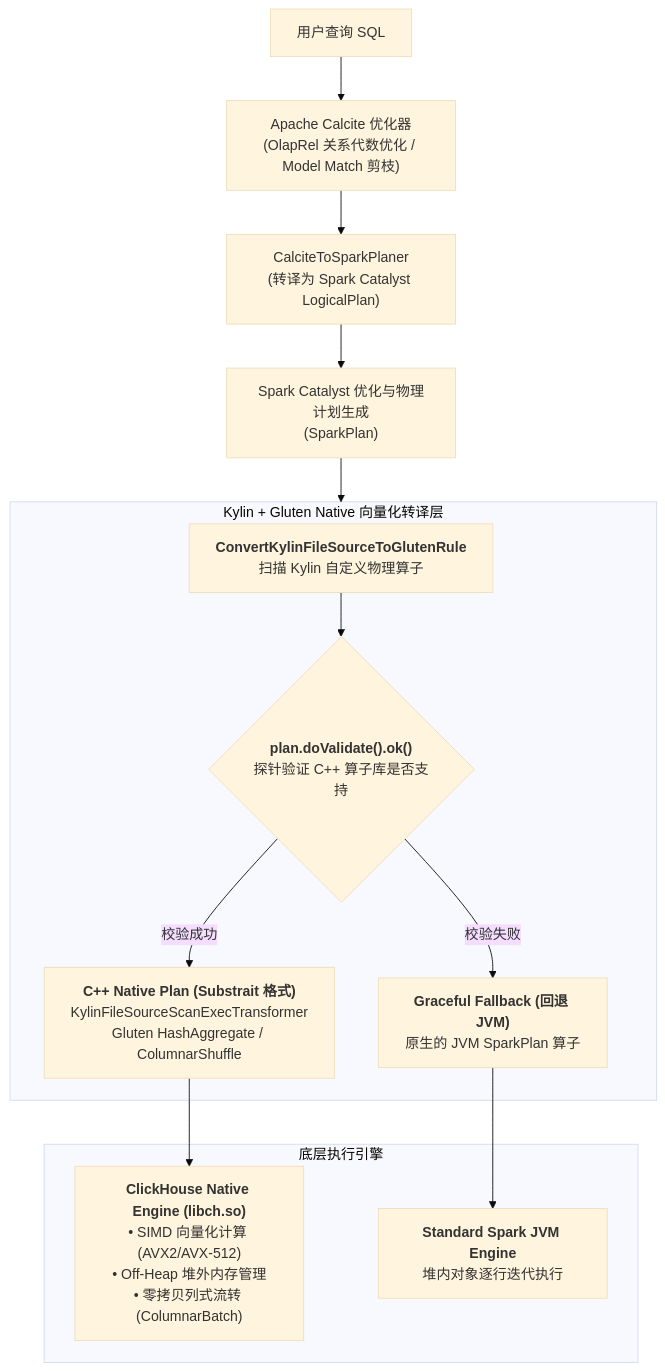
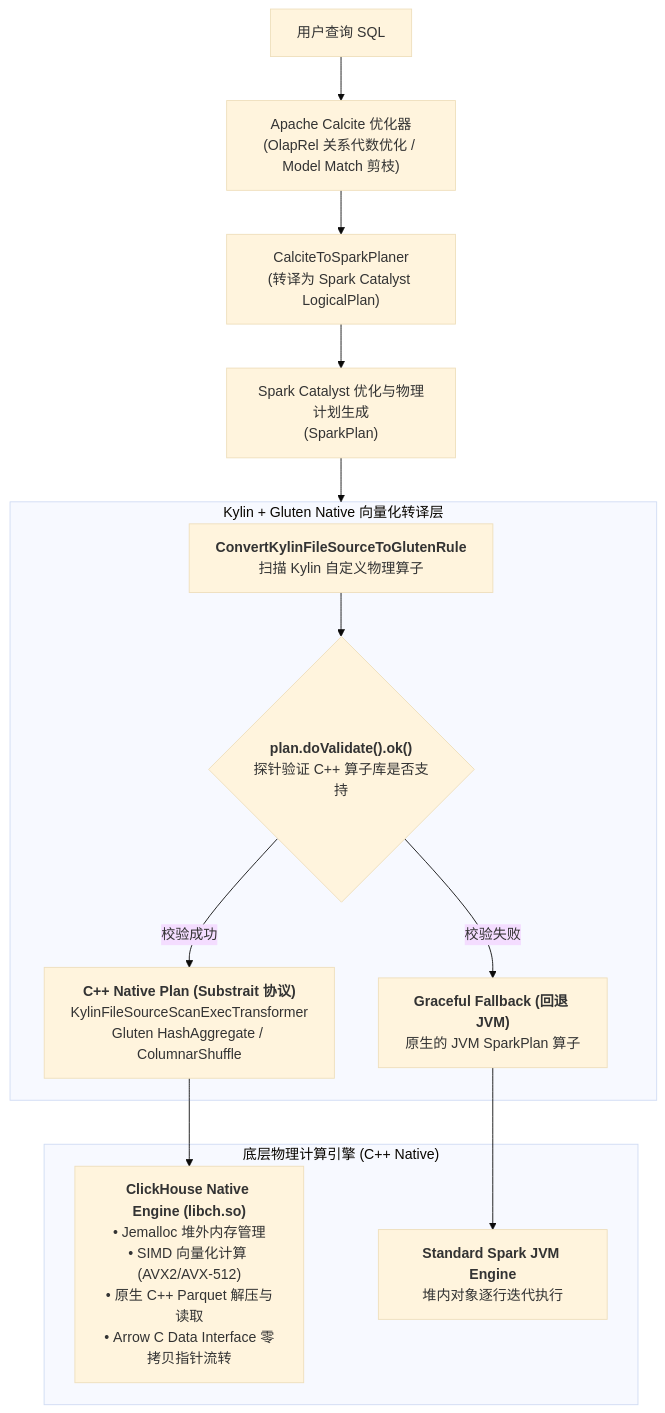
Before and after one commit to Mrhs121/mrhs121.github.io: the first of 3 diagrams in posts/2026-08-19-kylin-gluten-native-vectorized-engine.md, drawn with Mermaid (base theme). The commit also changed other lines of this file, not shown here.

Commit message:
docs: 深度详述 libch.so 动态链接库架构、LD_PRELOAD 堆外内存管理与 JNI 零拷贝 C ABI 流转

````diff
--- a/posts/2026-08-19-kylin-gluten-native-vectorized-engine.md
+++ b/posts/2026-08-19-kylin-gluten-native-vectorized-engine.md
@@ -36,22 +37,22 @@
 ```mermaid
 flowchart TD
     SQL["用户查询 SQL"] --> Calcite["Apache Calcite 优化器<br/>(OlapRel 关系代数优化 / Model Match 剪枝)"]
     Calcite --> C2S["CalciteToSparkPlaner<br/>(转译为 Spark Catalyst LogicalPlan)"]
     C2S --> Catalyst["Spark Catalyst 优化与物理计划生成<br/>(SparkPlan)"]
     
     subgraph GlutenLayer ["Kylin + Gluten Native 向量化转译层"]
         Rule["<b>ConvertKylinFileSourceToGlutenRule</b><br/>扫描 Kylin 自定义物理算子"]
         Validate{"<b>plan.doValidate().ok()</b><br/>探针验证 C++ 算子库是否支持"}
         
         Rule --> Validate
-        Validate -- 校验成功 --> NativePlan["<b>C++ Native Plan (Substrait 格式)</b><br/>KylinFileSourceScanExecTransformer<br/>Gluten HashAggregate / ColumnarShuffle"]
+        Validate -- 校验成功 --> NativePlan["<b>C++ Native Plan (Substrait 协议)</b><br/>KylinFileSourceScanExecTransformer<br/>Gluten HashAggregate / ColumnarShuffle"]
         Validate -- 校验失败 --> JvmPlan["<b>Graceful Fallback (回退 JVM)</b><br/>原生的 JVM SparkPlan 算子"]
     end
     
     Catalyst --> GlutenLayer
     
-    subgraph ExecutionLayer ["底层执行引擎"]
-        NativePlan --> LibCH["<b>ClickHouse Native Engine (libch.so)</b><br/>• SIMD 向量化计算 (AVX2/AVX-512)<br/>• Off-Heap 堆外内存管理<br/>• 零拷贝列式流转 (ColumnarBatch)"]
+    subgraph ExecutionLayer ["底层物理计算引擎 (C++ Native)"]
+        NativePlan --> LibCH["<b>ClickHouse Native Engine (libch.so)</b><br/>• Jemalloc 堆外内存管理<br/>• SIMD 向量化计算 (AVX2/AVX-512)<br/>• 原生 C++ Parquet 解压与读取<br/>• Arrow C Data Interface 零拷贝指针流转"]
         JvmPlan --> SparkJVM["<b>Standard Spark JVM Engine</b><br/>堆内对象逐行迭代执行"]
     end
 ```
````
